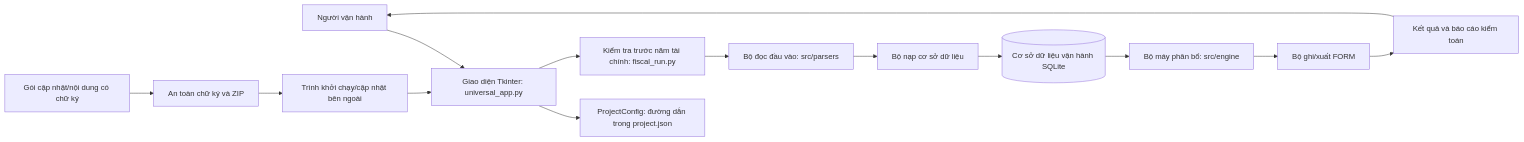
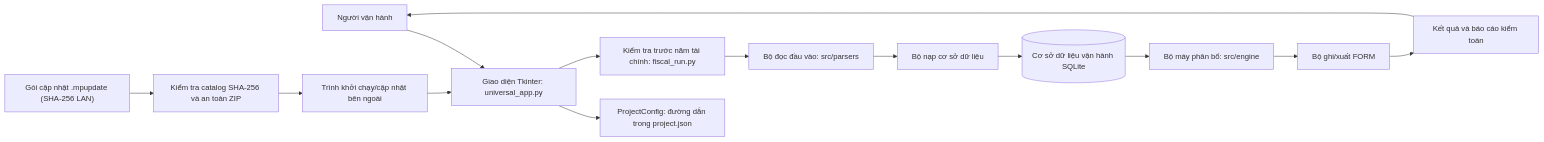
The first of 2 diagrams in docs/architecture/system_architecture.md (Nakazasen/PhanmemsaisanMP), drawn with Mermaid before and after one commit. The commit also changed other lines of this file and 1 other file, not shown here.

Commit message:
docs(architecture): reconcile system architecture and feature registry with HASH_ONLY_LAN policy

````diff
--- a/docs/architecture/system_architecture.md
+++ b/docs/architecture/system_architecture.md
@@ -9,16 +9,16 @@
 ```mermaid
 flowchart LR
     User["Người vận hành"] --> UI["Giao diện Tkinter: universal_app.py"]
     UI --> Config["ProjectConfig: đường dẫn trong project.json"]
     UI --> Preflight["Kiểm tra trước năm tài chính: fiscal_run.py"]
     Preflight --> Parsers["Bộ đọc đầu vào: src/parsers"]
     Parsers --> DBLoad["Bộ nạp cơ sở dữ liệu"]
     DBLoad --> SQLite[("Cơ sở dữ liệu vận hành SQLite")]
     SQLite --> Engine["Bộ máy phân bổ: src/engine"]
     Engine --> Export["Bộ ghi/xuất FORM"]
     Export --> Output["Kết quả và báo cáo kiểm toán"]
     Output --> User
-    Update["Gói cập nhật/nội dung có chữ ký"] --> Security["An toàn chữ ký và ZIP"]
+    Update["Gói cập nhật .mpupdate (SHA-256 LAN)"] --> Security["Kiểm tra catalog SHA-256 và an toàn ZIP"]
     Security --> Launcher["Trình khởi chạy/cập nhật bên ngoài"]
     Launcher --> UI
 ```
````
